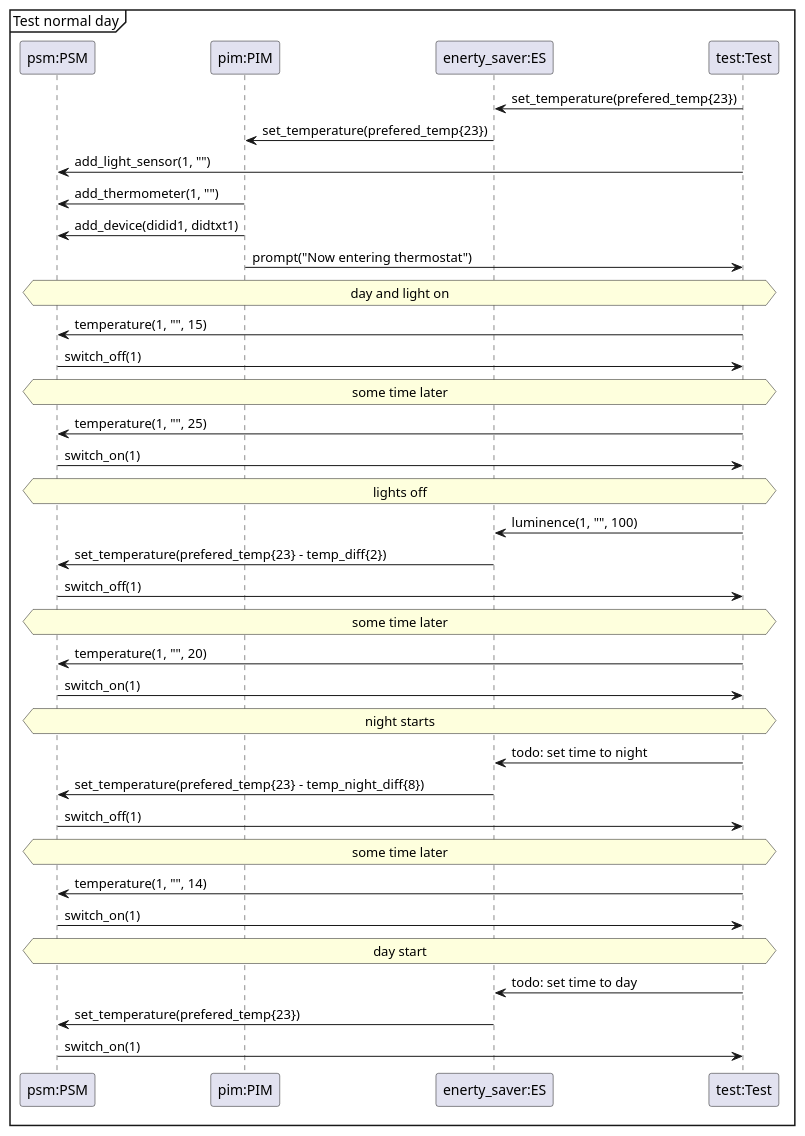
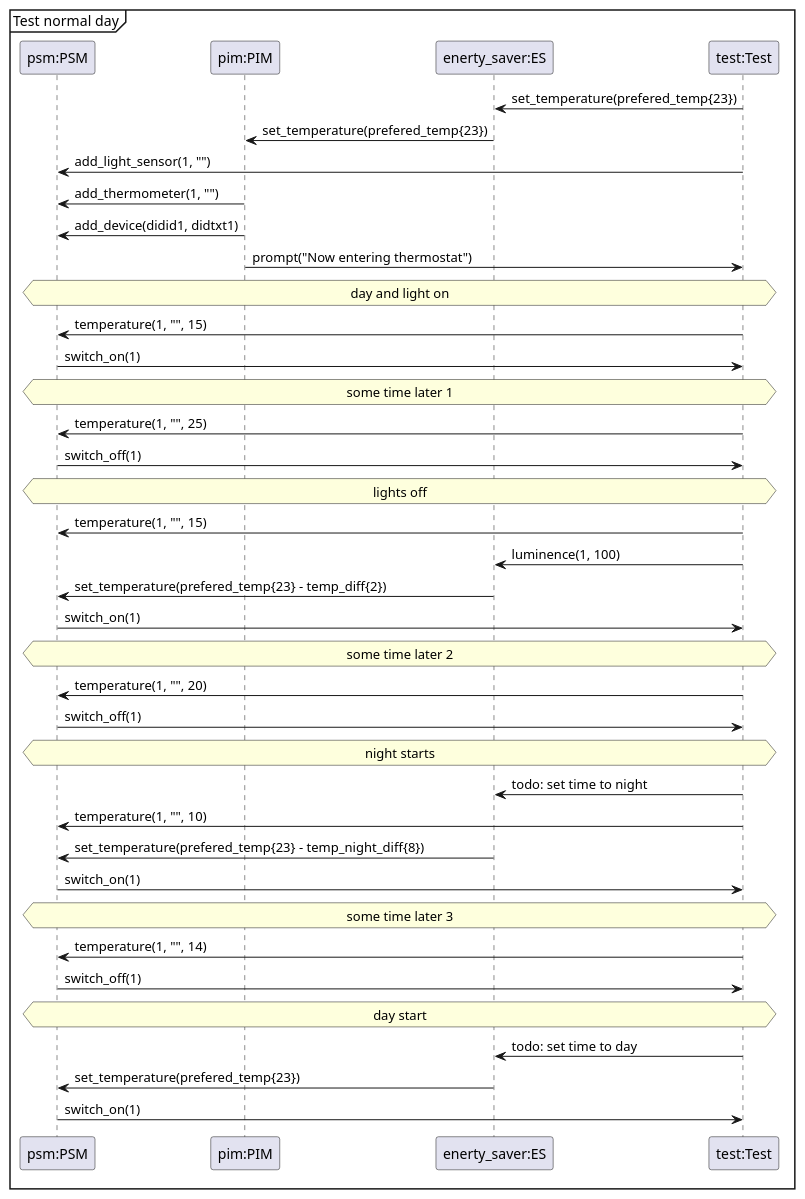
Before and after one commit to Tobhal/HIOF-Models-and-Digital-Twins: the diagram in Oblig1/sequence test diagram.plantuml, drawn with PlantUML. The commit also changed 5 other files, not shown here.

```diff
--- a/Oblig1/sequence test diagram.plantuml
+++ b/Oblig1/sequence test diagram.plantuml
@@ -1,55 +1,57 @@
 @startuml sequense diagram
 mainframe Test normal day
 
 participant "psm:PSM" as psm
 participant "pim:PIM" as pim
 participant "enerty_saver:ES" as es
 participant "test:Test" as test
 
 'Set preferred temp
 es <- test: set_temperature(prefered_temp{23})
 pim <- es: set_temperature(prefered_temp{23})
 
 psm <- test: add_light_sensor(1, "")
 
 psm <- pim: add_thermometer(1, "")
 psm <- pim: add_device(didid1, didtxt1)
 
 pim -> test: prompt("Now entering thermostat")
 
 hnote across: day and light on
 'setup compleat
 
 psm <- test: temperature(1, "", 15)
+psm -> test: switch_on(1)
+
+hnote across: some time later 1
+psm <- test: temperature(1, "", 25)
 psm -> test: switch_off(1)
 
-hnote across: some time later
-psm <- test: temperature(1, "", 25)
+hnote across: lights off
+psm <- test: temperature(1, "", 15)
+es <- test: luminence(1, 100)
+psm <- es: set_temperature(prefered_temp{23} - temp_diff{2})
 psm -> test: switch_on(1)
 
-hnote across: lights off
-es <- test: luminence(1, "", 100)
-psm <- es: set_temperature(prefered_temp{23} - temp_diff{2})
+hnote across: some time later 2
+psm <- test: temperature(1, "", 20)
 psm -> test: switch_off(1)
-
-hnote across: some time later
-psm <- test: temperature(1, "", 20)
-psm -> test: switch_on(1)
 
 hnote across: night starts
 es <- test: todo: set time to night
+psm <- test: temperature(1, "", 10)
 psm <- es: set_temperature(prefered_temp{23} - temp_night_diff{8})
+psm -> test: switch_on(1)
+
+hnote across: some time later 3
+psm <- test: temperature(1, "", 14)
 psm -> test: switch_off(1)
-
-hnote across: some time later
-psm <- test: temperature(1, "", 14)
-psm -> test: switch_on(1)
 
 hnote across: day start
 es <- test: todo: set time to day
 psm <- es: set_temperature(prefered_temp{23})
 psm -> test: switch_on(1)
 
 
 
 @enduml
```
